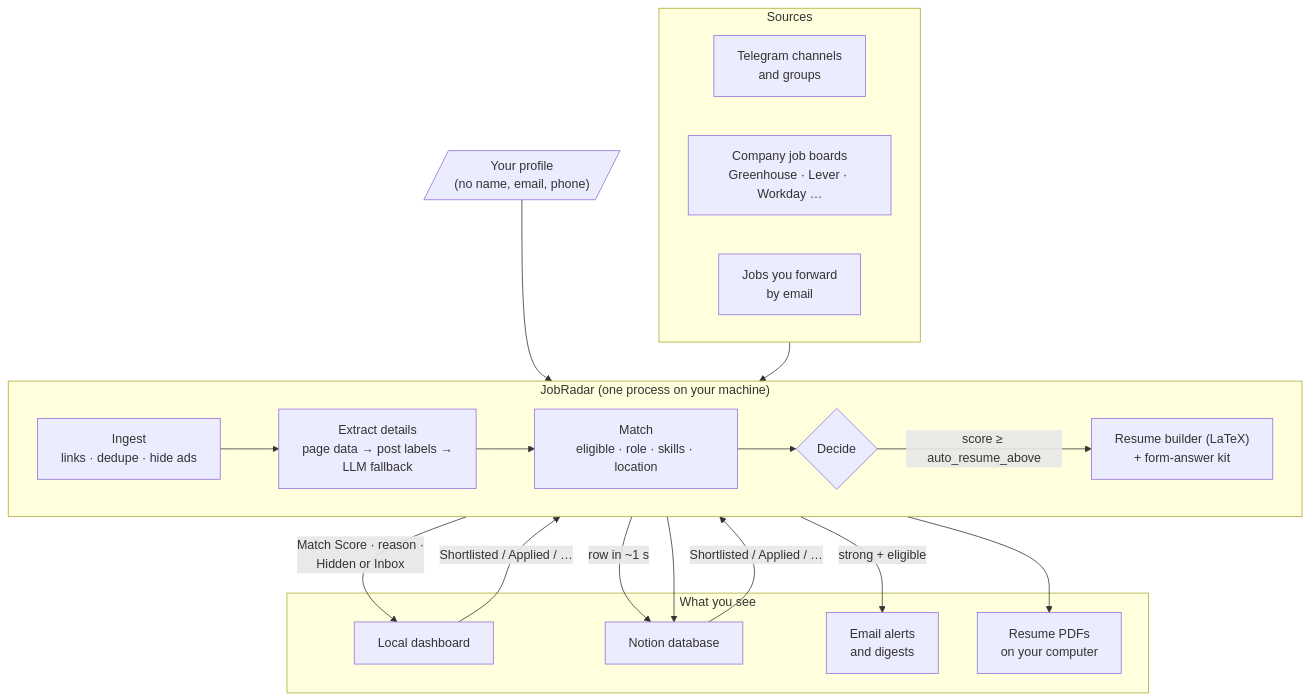
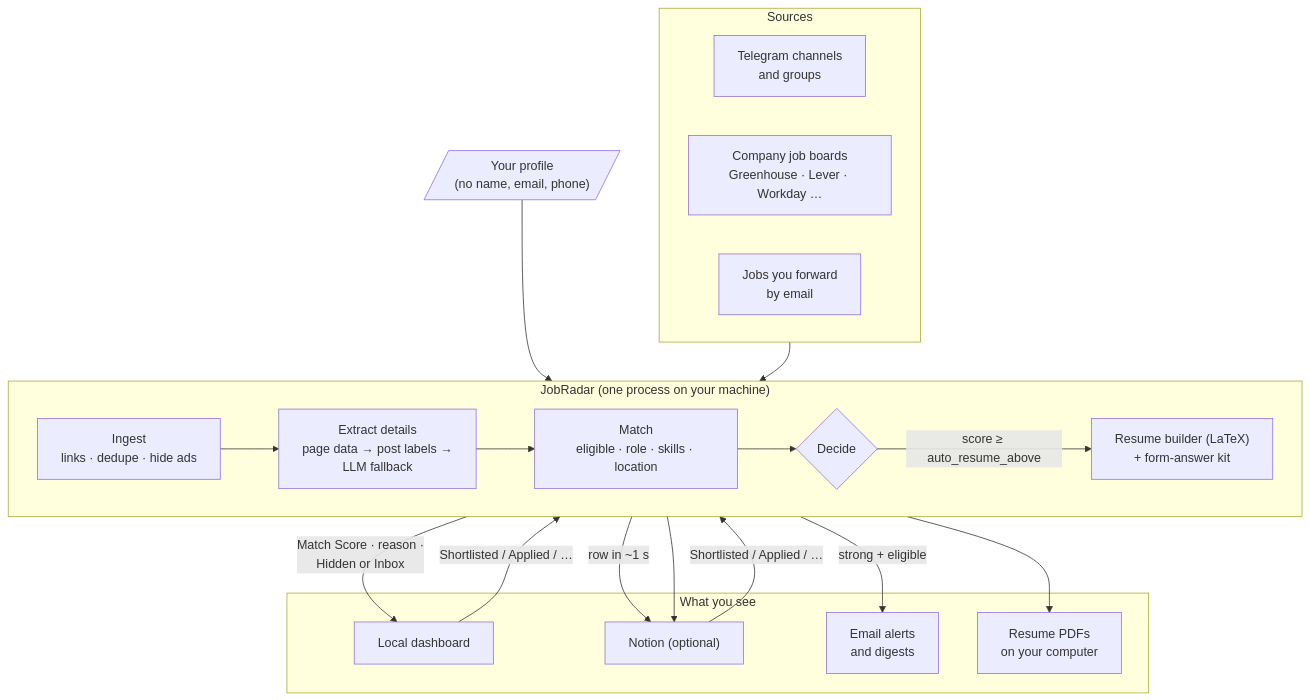
Before and after one commit to ThePlator/JobRadar: the diagram in README.md, drawn with Mermaid. The commit also changed other lines of this file and 22 other files, not shown here.

First line of the commit message:
Dashboard, step 5: Notion and Telegram optional, phone via Tailscale

````diff
--- a/README.md
+++ b/README.md
@@ -31,35 +31,35 @@
 ```mermaid
 flowchart TB
     subgraph Sources
         TG["Telegram channels<br/>and groups"]
         BD["Company job boards<br/>Greenhouse · Lever · Workday …"]
         FW["Jobs you forward<br/>by email"]
     end
 
     subgraph JobRadar["JobRadar (one process on your machine)"]
         direction LR
         I["Ingest<br/>links · dedupe · hide ads"] --> X["Extract details<br/>page data → post labels →<br/>LLM fallback"]
         X --> M["Match<br/>eligible · role · skills · location"]
         M --> D{"Decide"}
         R["Resume builder (LaTeX)<br/>+ form-answer kit"]
         D -- "score ≥ auto_resume_above" --> R
     end
 
     PR[/"Your profile<br/>(no name, email, phone)"/] --> M
 
     subgraph You["What you see"]
         W["Local dashboard"]
-        N["Notion database"]
+        N["Notion (optional)"]
         A["Email alerts<br/>and digests"]
         P["Resume PDFs<br/>on your computer"]
     end
 
     Sources --> I
     I -- "row in ~1 s" --> N
     D -- "Match Score · reason ·<br/>Hidden or Inbox" --> W
     D --> N
     D -- "strong + eligible" --> A
     R --> P
     W -- "Shortlisted / Applied / …" --> D
     N -- "Shortlisted / Applied / …" --> D
 ```
````
